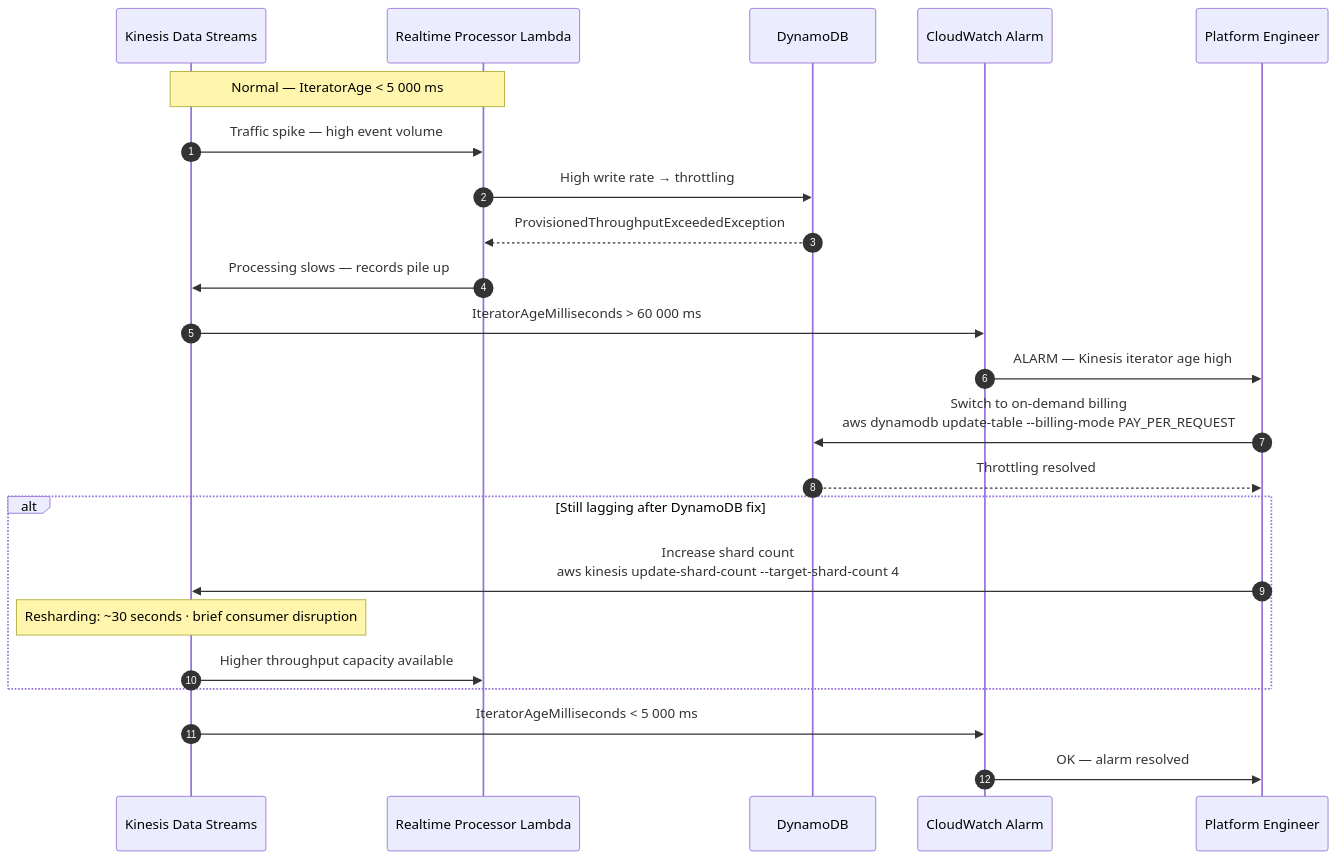
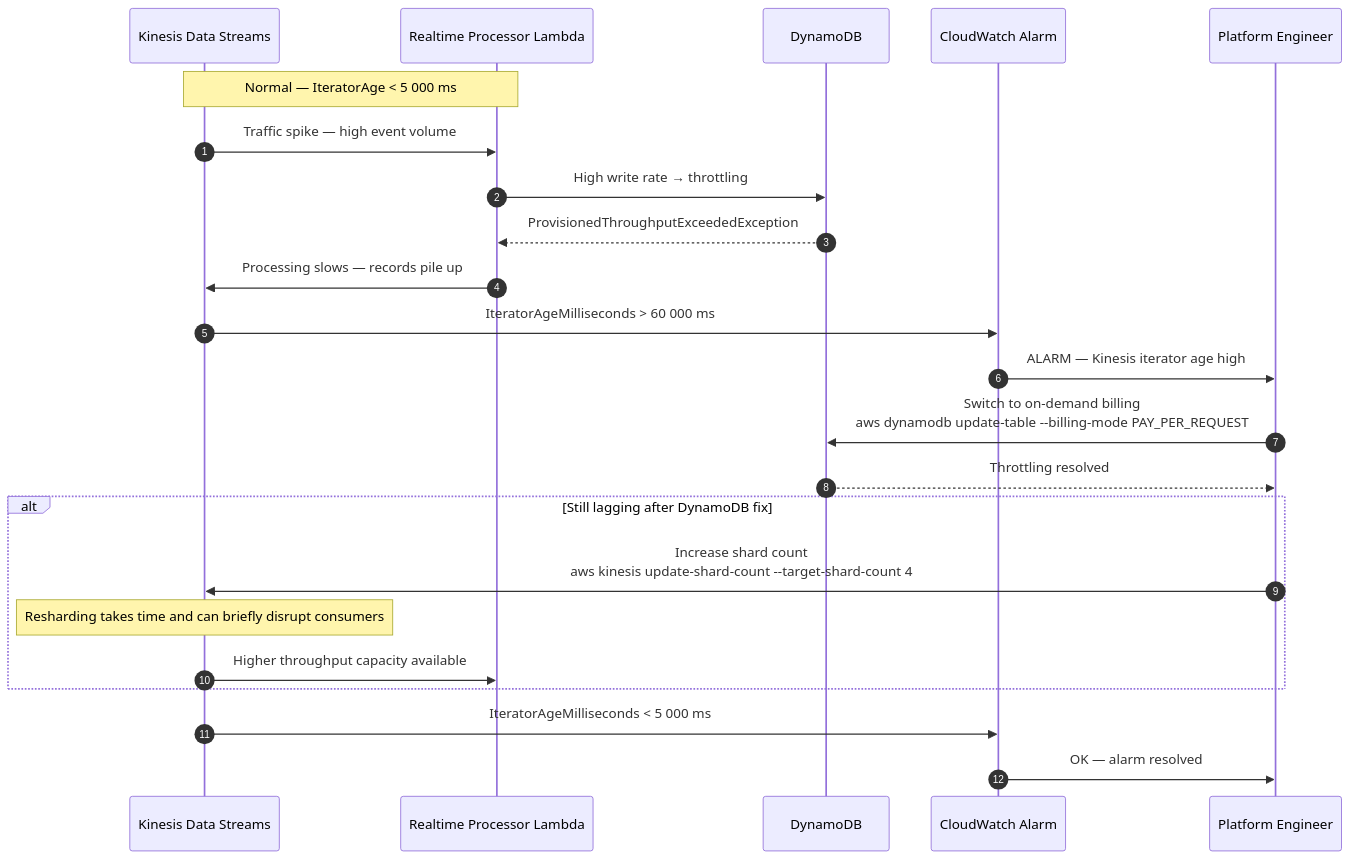
Before and after one commit to TalelKarim/realtime-media-analytics-platform: the sixth of 6 diagrams in documentation/sequence-diagrams.md, drawn with Mermaid. The commit also changed other lines of this file and 6 other files, not shown here.

Commit message:
docs: align streaming contracts and data lake architecture

````diff
--- a/documentation/sequence-diagrams.md
+++ b/documentation/sequence-diagrams.md
@@ -231,31 +222,31 @@
 ```mermaid
 sequenceDiagram
   autonumber
   participant KDS as Kinesis Data Streams
   participant RTP as Realtime Processor Lambda
   participant DDB as DynamoDB
   participant CW  as CloudWatch Alarm
   participant OPS as Platform Engineer
 
   Note over KDS,RTP: Normal — IteratorAge < 5 000 ms
 
   KDS->>RTP: Traffic spike — high event volume
   RTP->>DDB: High write rate → throttling
   DDB-->>RTP: ProvisionedThroughputExceededException
 
   RTP->>KDS: Processing slows — records pile up
   KDS->>CW: IteratorAgeMilliseconds > 60 000 ms
   CW->>OPS: ALARM — Kinesis iterator age high
 
   OPS->>DDB: Switch to on-demand billing<br/>aws dynamodb update-table --billing-mode PAY_PER_REQUEST
   DDB-->>OPS: Throttling resolved
 
   alt Still lagging after DynamoDB fix
     OPS->>KDS: Increase shard count<br/>aws kinesis update-shard-count --target-shard-count 4
-    Note over KDS: Resharding: ~30 seconds · brief consumer disruption
+    Note over KDS: Resharding takes time and can briefly disrupt consumers
     KDS->>RTP: Higher throughput capacity available
   end
 
   KDS->>CW: IteratorAgeMilliseconds < 5 000 ms
   CW->>OPS: OK — alarm resolved
 ```
````
